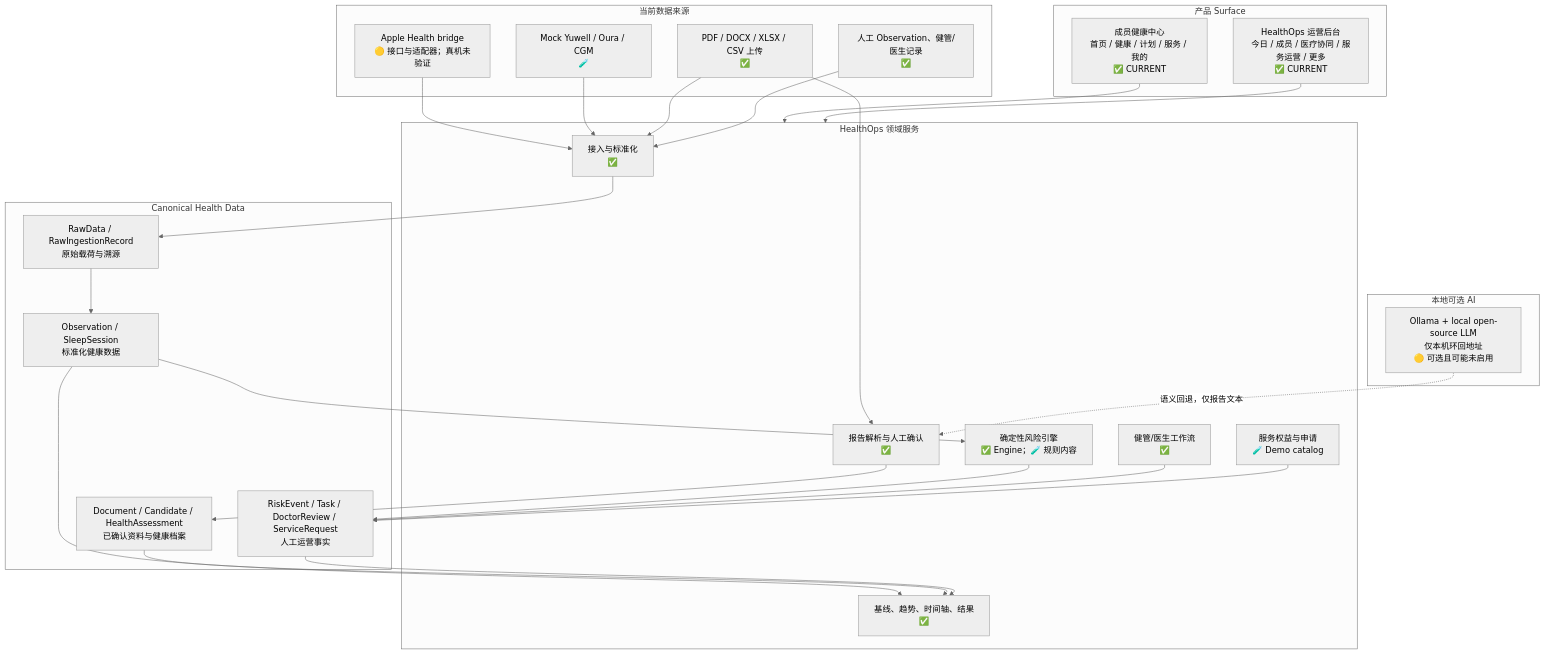
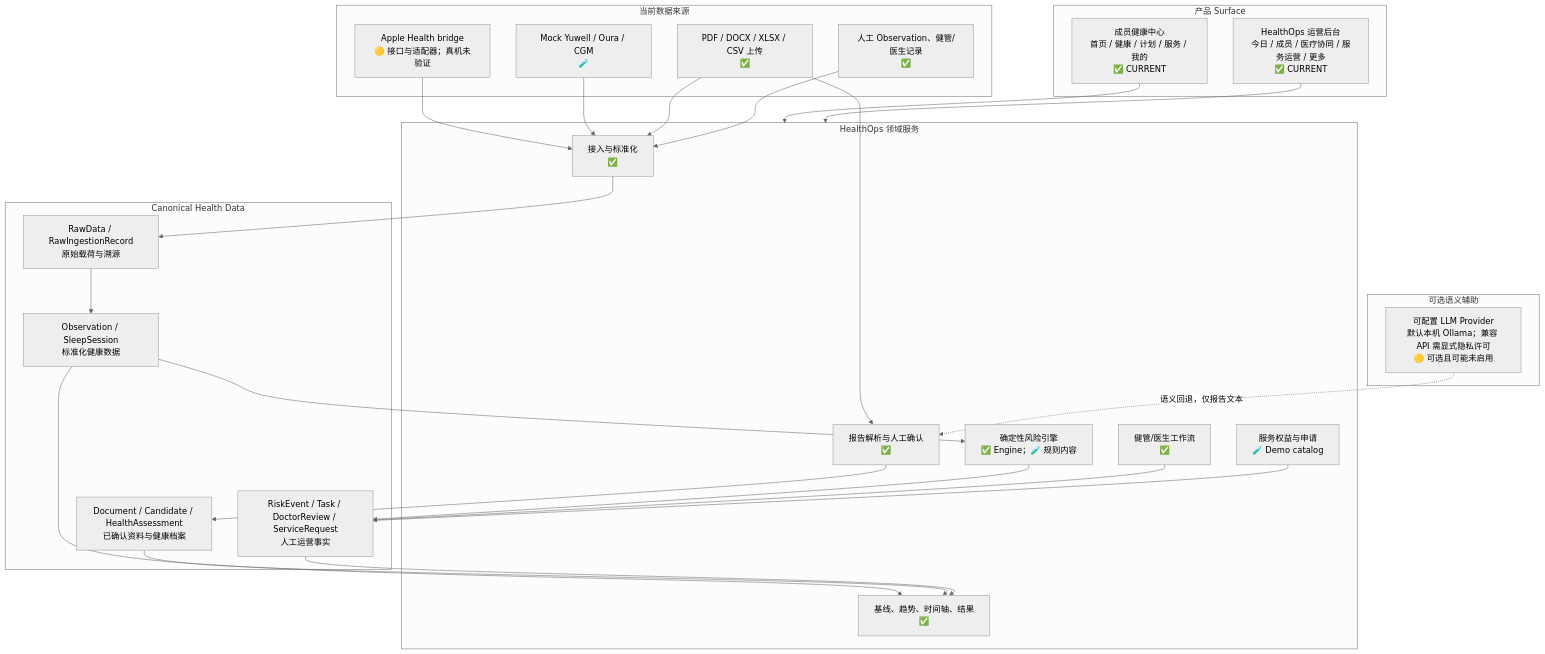
The first of 2 diagrams in docs/architecture/01_PLATFORM_OVERVIEW.md (KaedeharaT/executive-healthops), drawn with Mermaid (neutral theme) before and after one commit. The commit also changed other lines of this file and 19 other files, not shown here.

````diff
--- a/docs/architecture/01_PLATFORM_OVERVIEW.md
+++ b/docs/architecture/01_PLATFORM_OVERVIEW.md
@@ -18,51 +18,51 @@
 ```mermaid
 flowchart TB
   subgraph surfaces[产品 Surface]
     member[成员健康中心\n首页 / 健康 / 计划 / 服务 / 我的\n✅ CURRENT]
     ops[HealthOps 运营后台\n今日 / 成员 / 医疗协同 / 服务运营 / 更多\n✅ CURRENT]
   end
 
   subgraph services[HealthOps 领域服务]
     ingest[接入与标准化\n✅]
     report[报告解析与人工确认\n✅]
     risk[确定性风险引擎\n✅ Engine；🧪 规则内容]
     longitudinal[基线、趋势、时间轴、结果\n✅]
     workflow[健管/医生工作流\n✅]
     serviceops[服务权益与申请\n🧪 Demo catalog]
   end
 
   subgraph canonical[Canonical Health Data]
     raw[RawData / RawIngestionRecord\n原始载荷与溯源]
     obs[Observation / SleepSession\n标准化健康数据]
     records[Document / Candidate / HealthAssessment\n已确认资料与健康档案]
     operations[RiskEvent / Task / DoctorReview / ServiceRequest\n人工运营事实]
   end
 
   subgraph sources[当前数据来源]
     apple[Apple Health bridge\n🟡 接口与适配器；真机未验证]
     mocks[Mock Yuwell / Oura / CGM\n🧪]
     files[PDF / DOCX / XLSX / CSV 上传\n✅]
     manual[人工 Observation、健管/医生记录\n✅]
   end
 
-  subgraph localai[本地可选 AI]
-    local_llm[Ollama + local open-source LLM\n仅本机环回地址\n🟡 可选且可能未启用]
+  subgraph localai[可选语义辅助]
+    local_llm[可配置 LLM Provider\n默认本机 Ollama；兼容 API 需显式隐私许可\n🟡 可选且可能未启用]
   end
 
   member --> services
   ops --> services
   apple --> ingest
   mocks --> ingest
   files --> ingest
   files --> report
   manual --> ingest
   ingest --> raw --> obs
   report --> records
   local_llm -.语义回退，仅报告文本.-> report
   obs --> risk --> operations
   obs --> longitudinal
   records --> longitudinal
   operations --> longitudinal
   workflow --> operations
   serviceops --> operations
 ```
````
